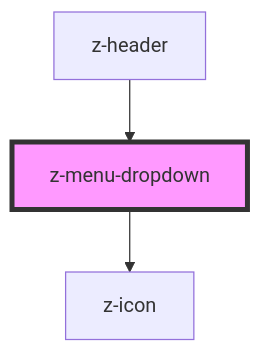
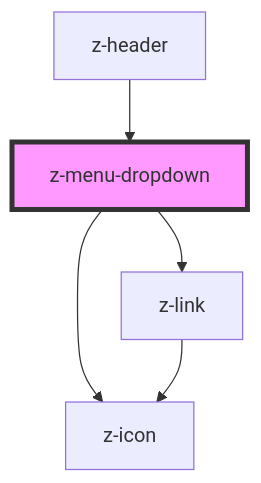
The diagram in web-components-library/src/components/z-menu-dropdown/readme.md (ZanichelliEditore/design-system), drawn with Mermaid before and after one commit. The commit also changed other lines of this file and 12 other files, not shown here.

````diff
--- a/web-components-library/src/components/z-menu-dropdown/readme.md
+++ b/web-components-library/src/components/z-menu-dropdown/readme.md
@@ -28,6 +29,8 @@
 ```mermaid
 graph TD;
+  z-menu-dropdown --> z-link
   z-menu-dropdown --> z-icon
+  z-link --> z-icon
   z-header --> z-menu-dropdown
   style z-menu-dropdown fill:#f9f,stroke:#333,stroke-width:4px
 ```
````
